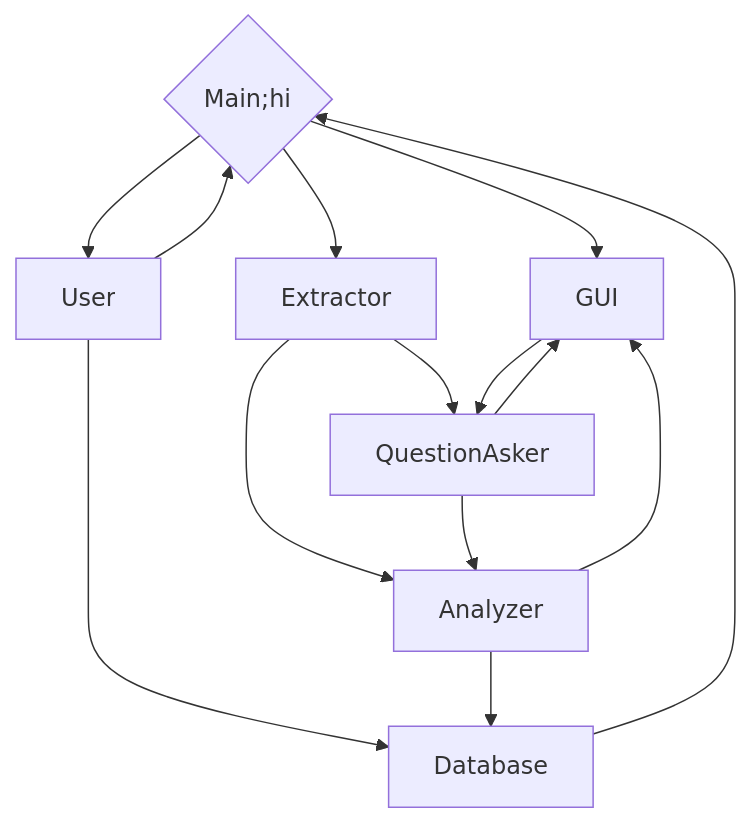
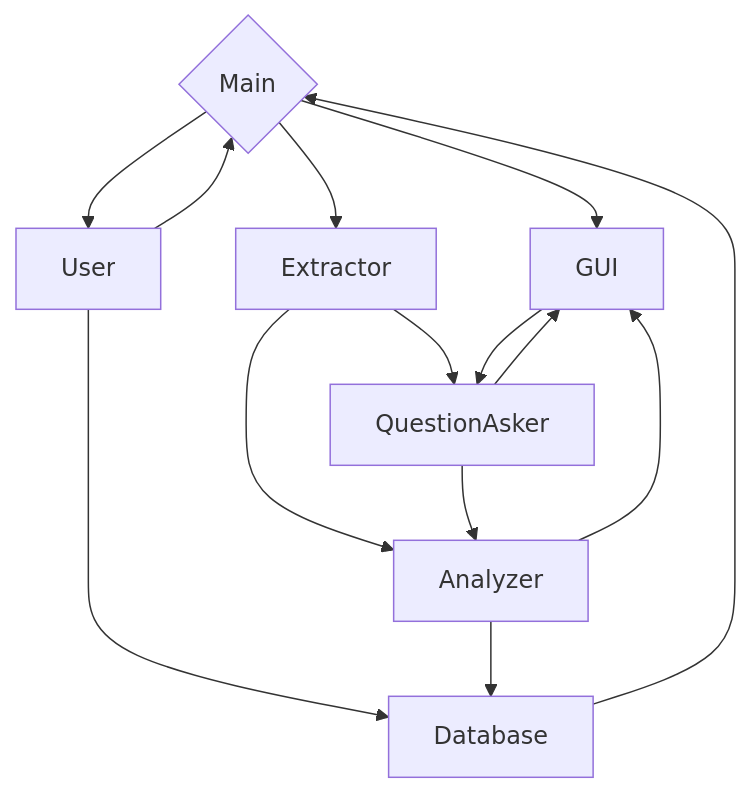
Before and after one commit to dguis/SciBowl: the third of 3 diagrams in readme.md, drawn with Mermaid. The commit also changed other lines of this file, not shown here.

````diff
--- a/readme.md
+++ b/readme.md
@@ -104,25 +104,25 @@
 ```mermaid
 graph TD
-Main{Main;hi}
+Main{Main}
 User
 GUI
 Extractor
 QuestionAsker
 Analyzer
 Database
 
 Main --> GUI
 Main --> Extractor
 Main --> User
 User --> Main
 User --> Database
 Extractor --> QuestionAsker
 Extractor --> Analyzer
 QuestionAsker --> GUI
 QuestionAsker --> Analyzer
 Analyzer --> Database
 Analyzer --> GUI
 Database --> Main
 GUI --> QuestionAsker
 
 ```
````
